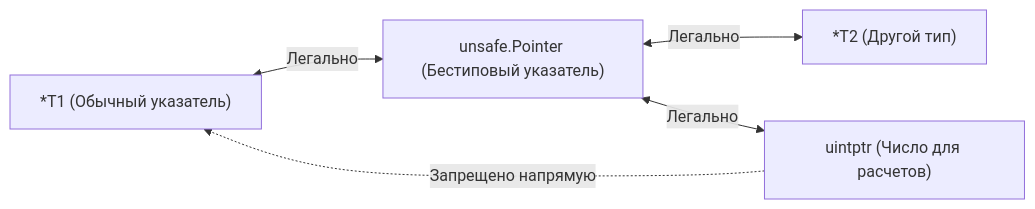
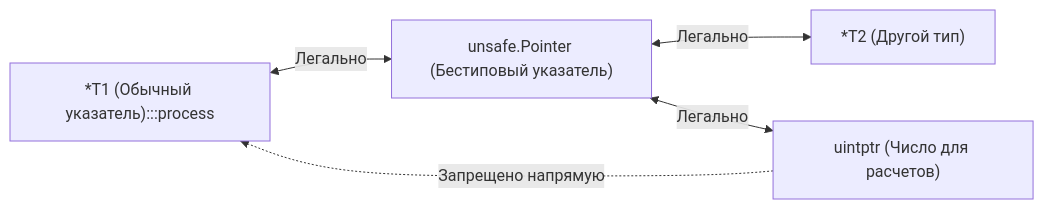
Before and after one commit to UnrealTemplier/go-textbook: the first of 2 diagrams in sources/7. Глубокий Go (Внутреннее устройство)/38. Unsafe.Pointer и нарушение гарантий языка.md, drawn with Mermaid. The commit also changed 1666 other files, not shown here.

First line of the commit message:
feat(mermaid): add semantic color classDef to 1369 colorless flowchart/graph diagrams

````diff
--- a/sources/7. Глубокий Go (Внутреннее устройство)/38. Unsafe.Pointer и нарушение гарантий языка.md
+++ b/sources/7. Глубокий Go (Внутреннее устройство)/38. Unsafe.Pointer и нарушение гарантий языка.md
@@ -17,7 +17,17 @@
 ```mermaid
 flowchart LR
-    P1["*T1 (Обычный указатель)"] <-->|"Легально"| UP["unsafe.Pointer (Бестиповый указатель)"]
+    classDef process  fill:#1e293b,stroke:#38bdf8,stroke-width:1px,color:#f8fafc
+    classDef success  fill:#064e3b,stroke:#34d399,stroke-width:1px,color:#f8fafc
+    classDef error    fill:#7f1d1d,stroke:#f87171,stroke-width:1px,color:#f8fafc
+    classDef warning  fill:#78350f,stroke:#fbbf24,stroke-width:1px,color:#f8fafc
+    classDef entry    fill:#1e3a5f,stroke:#38bdf8,stroke-width:2px,color:#f8fafc
+    classDef aux      fill:#334155,stroke:#64748b,stroke-width:1px,color:#f8fafc
+    classDef system   fill:#312e81,stroke:#a78bfa,stroke-width:1px,color:#f8fafc
+    classDef data     fill:#132d29,stroke:#2dd4bf,stroke-width:1px,color:#f8fafc
+    classDef network  fill:#881337,stroke:#fb7185,stroke-width:1px,color:#f8fafc
+    classDef accent   fill:#1e1b4b,stroke:#818cf8,stroke-width:1px,color:#f8fafc
+    P1["*T1 (Обычный указатель):::process"] <-->|"Легально"| UP["unsafe.Pointer (Бестиповый указатель)"]
     UP <-->|"Легально"| P2["*T2 (Другой тип)"]
     UP <-->|"Легально"| UI["uintptr (Число для расчетов)"]
     UI -.->|"Запрещено напрямую"| P1
 ```
````
